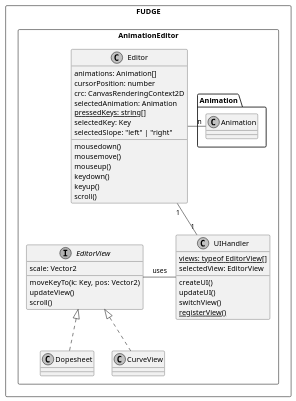
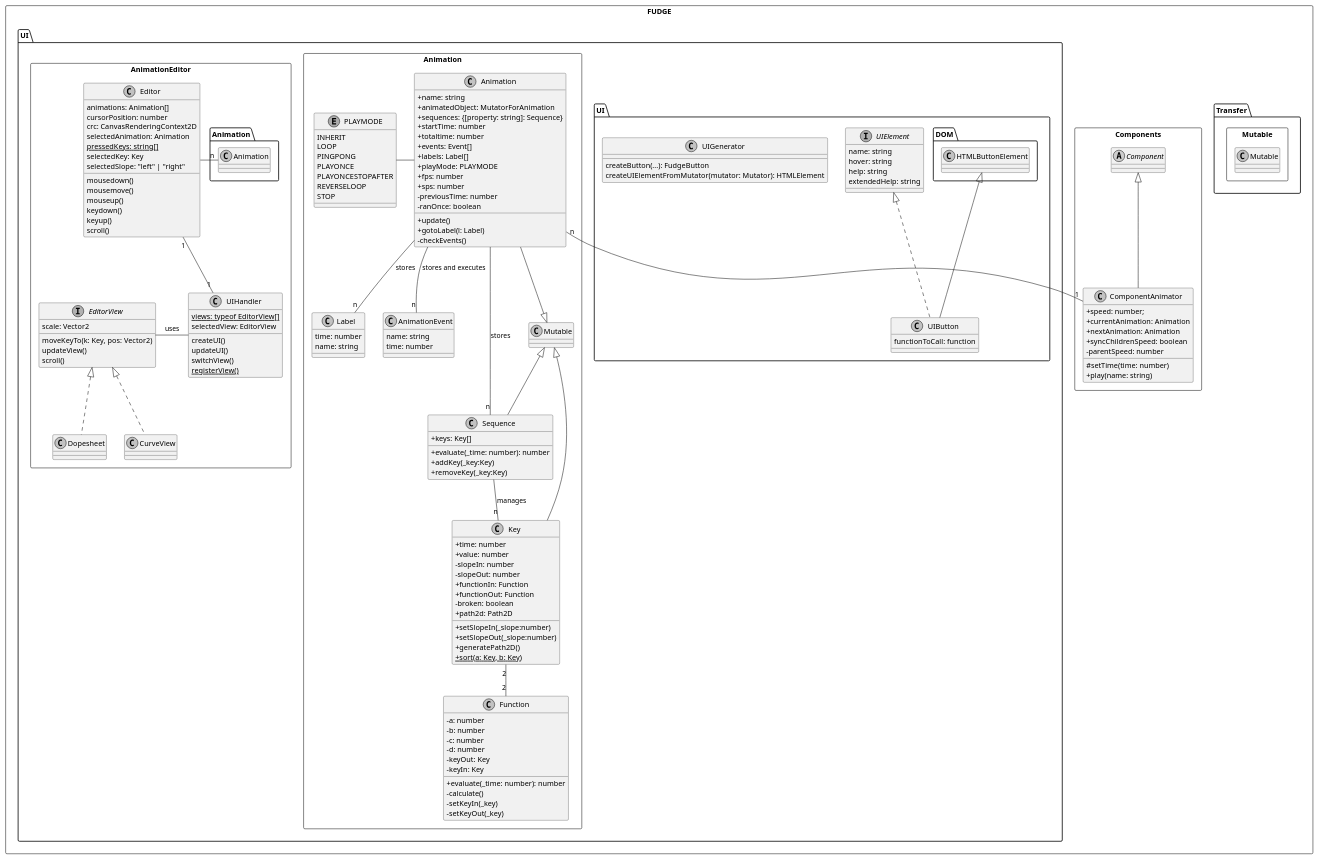
Before and after one commit to JirkaDellOro/FUDGE: the diagram in Experiments/Lukas/AnimationEditor/concept/Classes.puml, drawn with PlantUML. The commit also changed 37 other files, not shown here.

Commit message:
more Diagrams, images and fixes

```diff
--- a/Experiments/Lukas/AnimationEditor/concept/Classes.puml
+++ b/Experiments/Lukas/AnimationEditor/concept/Classes.puml
@@ -1,185 +1,185 @@
 @startuml Animation Editor Class Diagram
 skinparam monochrome true
 skinparam componentStyle uml2
 skinparam classAttributeIconSize 0
 skinparam shadowing false
 skinparam handwritten false
 
 ' title Animation Editor Class Diagram
 
 ' left to right direction
 package FUDGE <<Rectangle>> {
-	' package Transfer {
-	' 	package Mutable <<Rectangle>>{
-	' 		class Mutable {
+	package Transfer {
+		package Mutable <<Rectangle>>{
+			class Mutable {
 
-	' 		}
-	' 	}
-	' }
-	' package Components <<Rectangle>> {
-	' 	abstract Component {
+			}
+		}
+	}
+	package Components <<Rectangle>> {
+		abstract Component {
 
-	' 	}
-	' 	class ComponentAnimator extends Component{
-	' 		+ speed: number;
-	' 		+ currentAnimation: Animation
-	' 		+ nextAnimation: Animation
-	' 		+ syncChildrenSpeed: boolean
-	' 		- parentSpeed: number
-	' 		# setTime(time: number)
-	' 		+ play(name: string)
-	' 	}
-	' }
+		}
+		class ComponentAnimator extends Component{
+			+ speed: number;
+			+ currentAnimation: Animation
+			+ nextAnimation: Animation
+			+ syncChildrenSpeed: boolean
+			- parentSpeed: number
+			# setTime(time: number)
+			+ play(name: string)
+		}
+	}
 
-	' package UI {
-	' 	package UI {
-	' 	interface UIElement{
-	' 		name: string
-	' 		hover: string
-	' 		help: string
-	' 		extendedHelp: string
-	' 		' element: HTMLElement
-	' 	}
-	' 	class UIButton extends DOM.HTMLButtonElement implements UIElement {
-	' 		functionToCall: function
-	' 	}
+	package UI {
+		package UI {
+		interface UIElement{
+			name: string
+			hover: string
+			help: string
+			extendedHelp: string
+			' element: HTMLElement
+		}
+		class UIButton extends DOM.HTMLButtonElement implements UIElement {
+			functionToCall: function
+		}
 
-	' 	class UIGenerator {
-	' 		createButton(...): FudgeButton
-	' 		createUIElementFromMutator(mutator: Mutator): HTMLElement
-	' 	}
-	' }
+		class UIGenerator {
+			createButton(...): FudgeButton
+			createUIElementFromMutator(mutator: Mutator): HTMLElement
+		}
+	}
 
-	' package Animation <<Rectangle>> {
+	package Animation <<Rectangle>> {
 
-	' 	class Animation {
-	' 		+ name: string
-	' 		+ animatedObject: MutatorForAnimation
-	' 		+ sequences: {[property: string]: Sequence}
-	' 		+ startTime: number
-	' 		+ totaltime: number
-	' 		+ events: Event[]
-	' 		+ labels: Label[]
-	' 		+ playMode: PLAYMODE
-	' 		+ fps: number
-	' 		+ sps: number
-	' 		- previousTime: number
-	' 		- ranOnce: boolean
-	' 		+ update()
-	' 		+ gotoLabel(l: Label)
-	' 		- checkEvents()
-	' 	}
+		class Animation {
+			+ name: string
+			+ animatedObject: MutatorForAnimation
+			+ sequences: {[property: string]: Sequence}
+			+ startTime: number
+			+ totaltime: number
+			+ events: Event[]
+			+ labels: Label[]
+			+ playMode: PLAYMODE
+			+ fps: number
+			+ sps: number
+			- previousTime: number
+			- ranOnce: boolean
+			+ update()
+			+ gotoLabel(l: Label)
+			- checkEvents()
+		}
 
-	' 	class Sequence extends Mutable {
-	' 		+ keys: Key[]
-	' 		+ evaluate(_time: number): number
-	' 		+ addKey(_key:Key)
-	' 		+ removeKey(_key:Key)
-	' 	}
+		class Sequence extends Mutable {
+			+ keys: Key[]
+			+ evaluate(_time: number): number
+			+ addKey(_key:Key)
+			+ removeKey(_key:Key)
+		}
 
-	' 	class Key extends Mutable {
-	' 		+ time: number
-	' 		+ value: number
-	' 		- slopeIn: number
-	' 		- slopeOut: number
-	' 		+ functionIn: Function
-	' 		+ functionOut: Function
-	' 		- broken: boolean
-	' 		+ path2d: Path2D
-	' 		+ setSlopeIn(_slope:number)
-	' 		+ setSlopeOut(_slope:number)
-	' 		+ generatePath2D()
-	' 		{static} + sort(a: Key, b: Key)
-	' 	}
+		class Key extends Mutable {
+			+ time: number
+			+ value: number
+			- slopeIn: number
+			- slopeOut: number
+			+ functionIn: Function
+			+ functionOut: Function
+			- broken: boolean
+			+ path2d: Path2D
+			+ setSlopeIn(_slope:number)
+			+ setSlopeOut(_slope:number)
+			+ generatePath2D()
+			{static} + sort(a: Key, b: Key)
+		}
 
-	' 	class Function {
-	' 		- a: number
-	' 		- b: number
-	' 		- c: number
-	' 		- d: number
-	' 		- keyOut: Key
-	' 		- keyIn: Key
-	' 		+ evaluate(_time: number): number
-	' 		- calculate()
-	' 		- setKeyIn(_key)
-	' 		- setKeyOut(_key)
-	' 	}
+		class Function {
+			- a: number
+			- b: number
+			- c: number
+			- d: number
+			- keyOut: Key
+			- keyIn: Key
+			+ evaluate(_time: number): number
+			- calculate()
+			- setKeyIn(_key)
+			- setKeyOut(_key)
+		}
 
-	' 	enum PLAYMODE{
-	' 		INHERIT
-	' 		LOOP
-	' 		PINGPONG
-	' 		PLAYONCE
-	' 		PLAYONCESTOPAFTER
-	' 		REVERSELOOP
-	' 		STOP
-	' 	}
+		enum PLAYMODE{
+			INHERIT
+			LOOP
+			PINGPONG
+			PLAYONCE
+			PLAYONCESTOPAFTER
+			REVERSELOOP
+			STOP
+		}
 
-	' 	class Label {
-	' 		time: number
-	' 		name: string
-	' 	}
+		class Label {
+			time: number
+			name: string
+		}
 
-	' 	class AnimationEvent {
-	' 		name: string
-	' 		time: number
-	' 	}
+		class AnimationEvent {
+			name: string
+			time: number
+		}
 
-	' 	' Associations
-	' 	ComponentAnimator "1" -up- "n" Animation
-	' 	Animation -- "n" Sequence : stores
-	' 	Animation --|> Mutable
-	' 	Sequence -- "n" Key : manages
-	' 	Key "2" -- "2" Function
-	' 	Animation -- "n" AnimationEvent : stores and executes
-	' 	Animation -- "n" Label : stores
-	' 	Animation -left- PLAYMODE
-	' }
+		' Associations
+		ComponentAnimator "1" -up- "n" Animation
+		Animation -- "n" Sequence : stores
+		Animation --|> Mutable
+		Sequence -- "n" Key : manages
+		Key "2" -- "2" Function
+		Animation -- "n" AnimationEvent : stores and executes
+		Animation -- "n" Label : stores
+		Animation -left- PLAYMODE
+	}
 	package AnimationEditor <<Rectangle>> {
 		class Editor {
 			animations: Animation[]
 			cursorPosition: number
 			crc: CanvasRenderingContext2D
 			selectedAnimation: Animation
 			{static} pressedKeys: string[]
 			selectedKey: Key
 			selectedSlope: "left" | "right"
 			mousedown()
 			mousemove()
 			mouseup()
 			keydown()
 			keyup()
 			scroll()
 		}
 
 		class UIHandler {
 			{static} views: typeof EditorView[]
 			selectedView: EditorView
 			
 			createUI()
 			updateUI()
 			switchView()
 			{static} registerView()
 		}
 
 		interface EditorView{
 			scale: Vector2
 			moveKeyTo(k: Key, pos: Vector2)
 			updateView()
 			scroll()
 		}
 		class Dopesheet implements EditorView {
 		
 		}
 		 
 		class CurveView implements EditorView {
 		
 		}
 		
 		' Associations
 		Editor -right- "n" Animation.Animation
 		Editor "1" -- "1" UIHandler
 		UIHandler -left- EditorView: uses
 	}
 }
 @enduml
```
